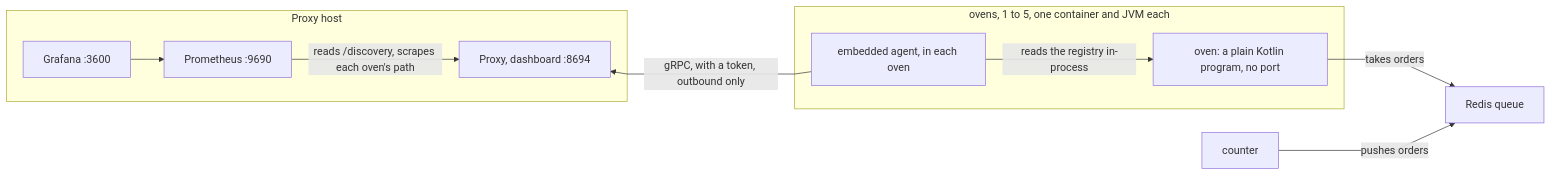
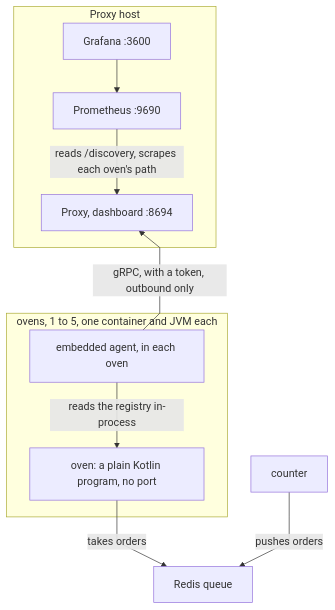
One commit to pambrose/prometheus-proxy changed the diagram in website/prometheus-proxy/docs/plain-kotlin-demo.md. Above: the diagram before and after it, drawn with Mermaid. The commit also changed 18 other files, not shown here.

First line of the commit message:
Draw the docs' diagrams readable, set the reading measure, and serve the lightbox from the site (#535)

````diff
--- a/website/prometheus-proxy/docs/plain-kotlin-demo.md
+++ b/website/prometheus-proxy/docs/plain-kotlin-demo.md
@@ -23,23 +23,23 @@
 ``` mermaid
 %%{init: {'flowchart': {'curve': 'linear'}}}%%
-graph LR
+graph TB
   G[Grafana :3600] --> P[Prometheus :9690]
   P -->|reads /discovery, scrapes each oven's path| Proxy[Proxy, dashboard :8694]
-  %% The agents connect out to the proxy, so their arrow points back. The invisible link keeps the ovens to the right.
+  %% The agents connect out to the proxy, so their arrow points back. The invisible link keeps the ovens below.
   Proxy ~~~ Agent
   Agent[embedded agent, in each oven] -->|gRPC, with a token, outbound only| Proxy
   Agent -->|reads the registry in-process| Oven[oven: a plain Kotlin program, no port]
   Oven -->|takes orders| Redis[Redis queue]
   Counter[counter] -->|pushes orders| Redis
 
   subgraph Proxy host
     G
     P
     Proxy
   end
 
   subgraph ovens[ovens, 1 to 5, one container and JVM each]
     Agent
     Oven
   end
 ```
````
